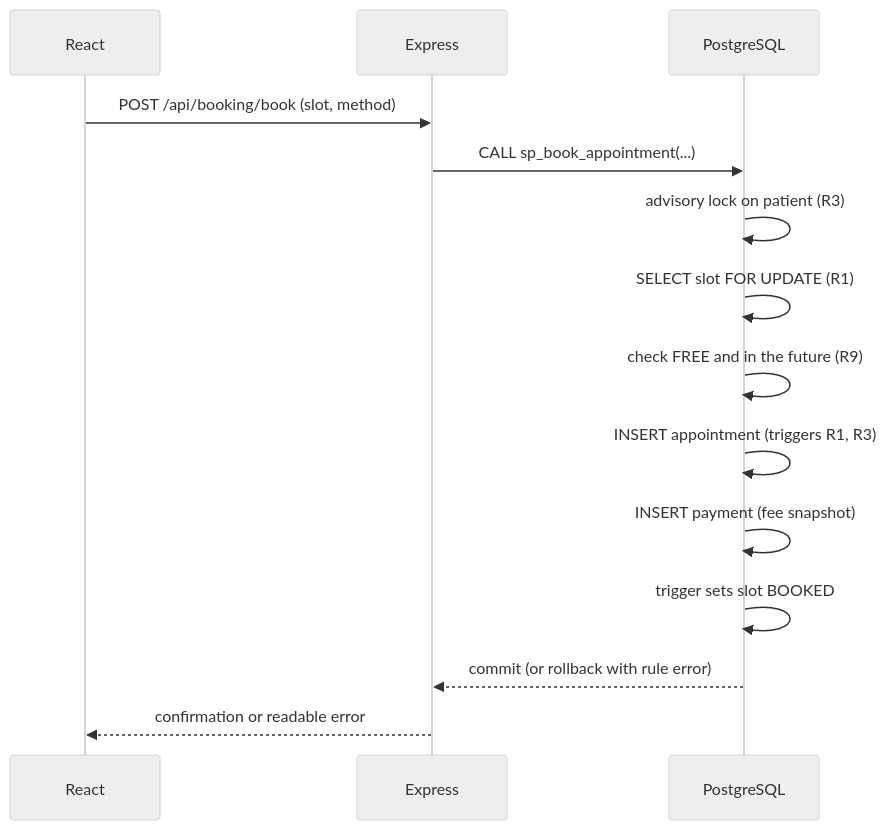
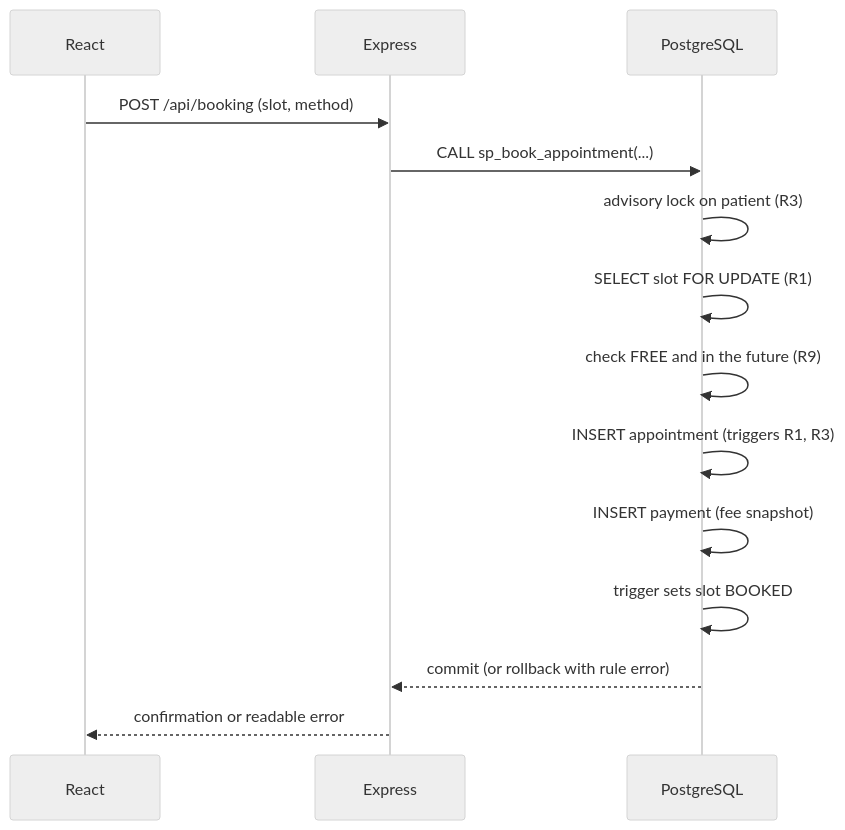
One commit to aditya-1308/MediSlot changed the eighth of 8 diagrams in README.md. Above: the diagram before and after it, drawn with Mermaid (neutral theme). The commit also changed other lines of this file, not shown here.

````diff
--- a/README.md
+++ b/README.md
@@ -464,16 +465,16 @@
 ```mermaid
 sequenceDiagram
     participant UI as React
     participant API as Express
     participant DB as PostgreSQL
-    UI->>API: POST /api/booking/book (slot, method)
+    UI->>API: POST /api/booking (slot, method)
     API->>DB: CALL sp_book_appointment(...)
     DB->>DB: advisory lock on patient (R3)
     DB->>DB: SELECT slot FOR UPDATE (R1)
     DB->>DB: check FREE and in the future (R9)
     DB->>DB: INSERT appointment (triggers R1, R3)
     DB->>DB: INSERT payment (fee snapshot)
     DB->>DB: trigger sets slot BOOKED
     DB-->>API: commit (or rollback with rule error)
     API-->>UI: confirmation or readable error
 ```
````
